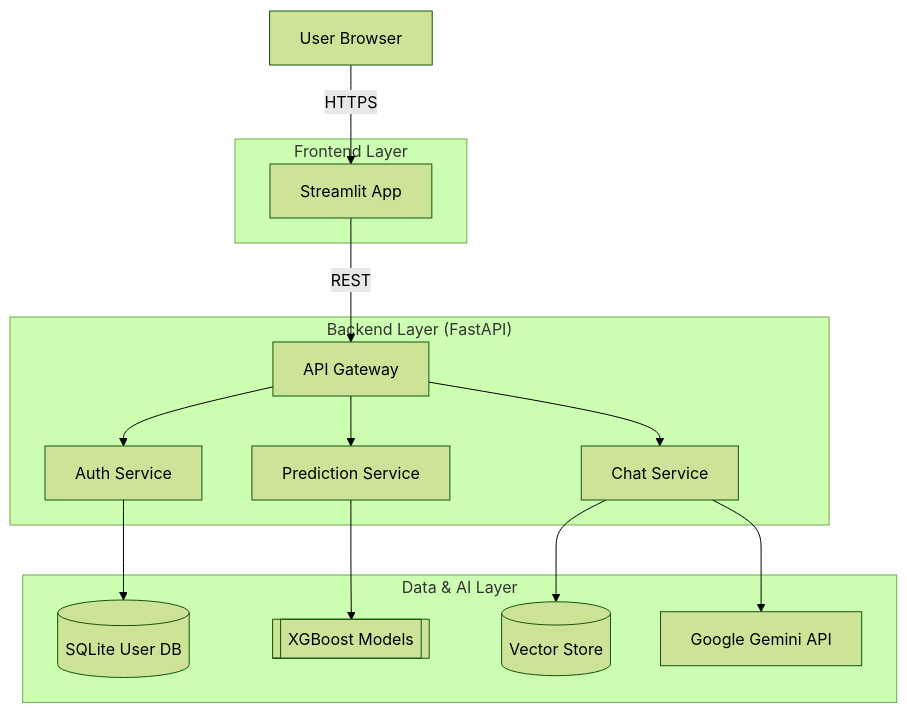
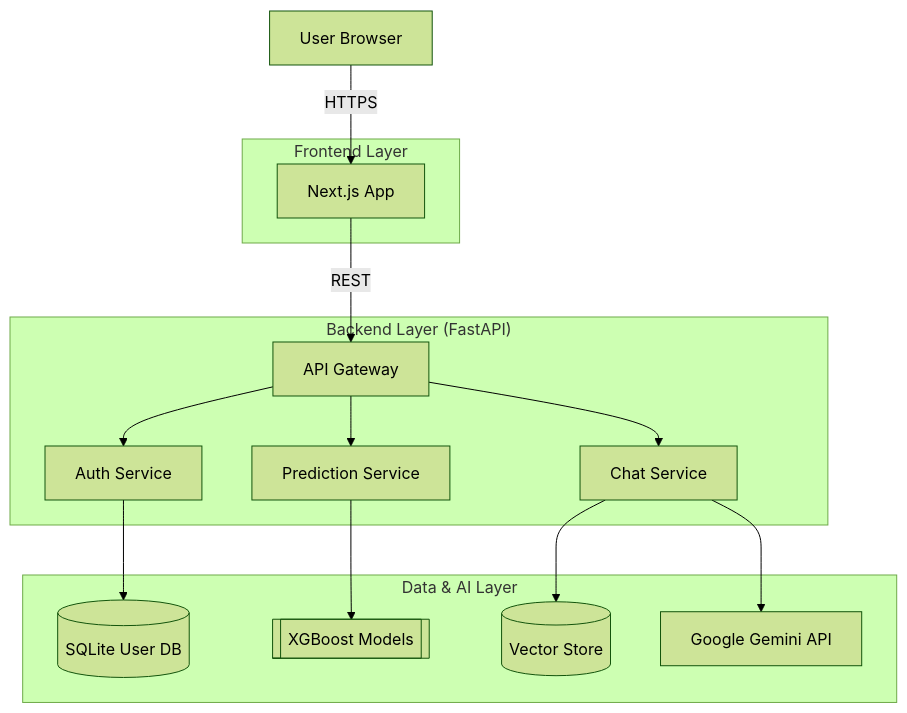
One commit to pavanbadempet/AI-Healthcare-System changed the first of 4 diagrams in docs/MASTER_PROJECT_REPORT.md. Above: the diagram before and after it, drawn with Mermaid (forest theme). The commit also changed other lines of this file and 48 other files, not shown here.

````diff
--- a/docs/MASTER_PROJECT_REPORT.md
+++ b/docs/MASTER_PROJECT_REPORT.md
@@ -155,32 +155,32 @@
 ```mermaid
 graph TD
     Client[User Browser]
     
     subgraph "Frontend Layer"
-        Streamlit[Streamlit App]
+        NextJS[Next.js App]
     end
     
     subgraph "Backend Layer (FastAPI)"
         API[API Gateway]
         Auth[Auth Service]
         Predict[Prediction Service]
         Chat[Chat Service]
     end
     
     subgraph "Data & AI Layer"
         DB[(SQLite User DB)]
         Models[[XGBoost Models]]
         VectorDB[(Vector Store)]
         LLM[Google Gemini API]
     end
     
-    Client -->|HTTPS| Streamlit
-    Streamlit -->|REST| API
+    Client -->|HTTPS| NextJS
+    NextJS -->|REST| API
     API --> Auth
     API --> Predict
     API --> Chat
     Auth --> DB
     Predict --> Models
     Chat --> VectorDB
     Chat --> LLM
 ```
````
